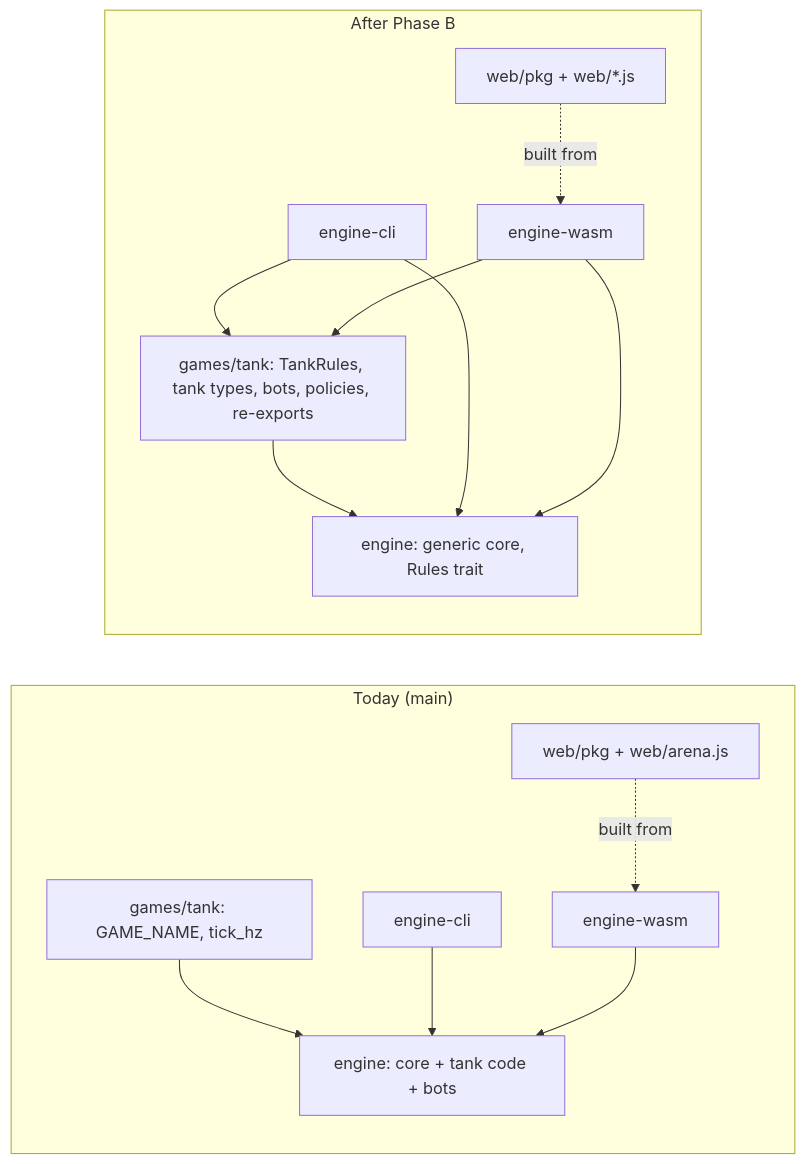
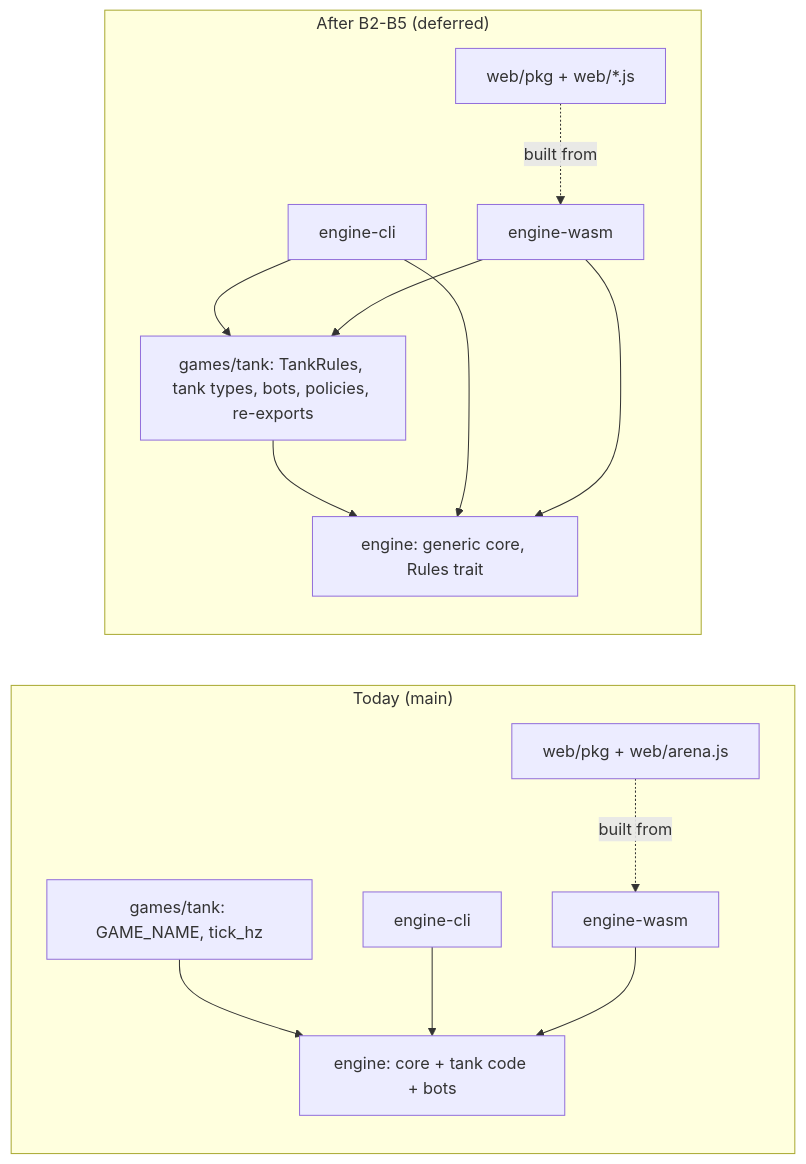
The diagram in docs/DECISIONS.md (Coastal-Agentics/arena), drawn with Mermaid before and after one commit. The commit also changed other lines of this file and 3 other files, not shown here.

````diff
--- a/docs/DECISIONS.md
+++ b/docs/DECISIONS.md
@@ -153,19 +160,19 @@
 ```mermaid
 flowchart LR
   subgraph today["Today (main)"]
     e1[engine: core + tank code + bots]
     t1[games/tank: GAME_NAME, tick_hz] --> e1
     c1[engine-cli] --> e1
     w1[engine-wasm] --> e1
     p1[web/pkg + web/arena.js] -.->|built from| w1
   end
-  subgraph after["After Phase B"]
+  subgraph after["After B2-B5 (deferred)"]
     e2[engine: generic core, Rules trait]
     t2[games/tank: TankRules, tank types, bots, policies, re-exports] --> e2
     c2[engine-cli] --> t2
     c2 --> e2
     w2[engine-wasm] --> t2
     w2 --> e2
     p2[web/pkg + web/*.js] -.->|built from| w2
   end
 ```
````
